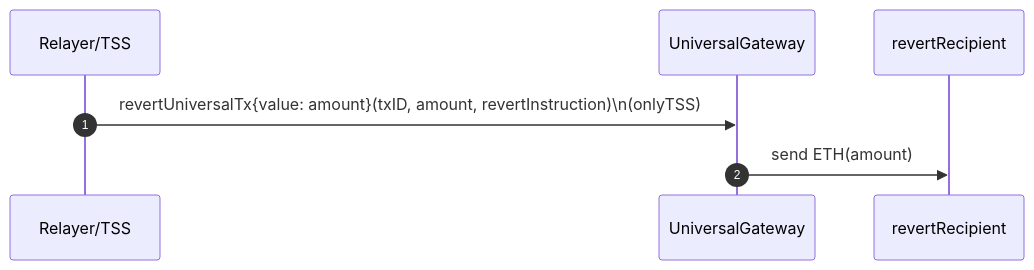
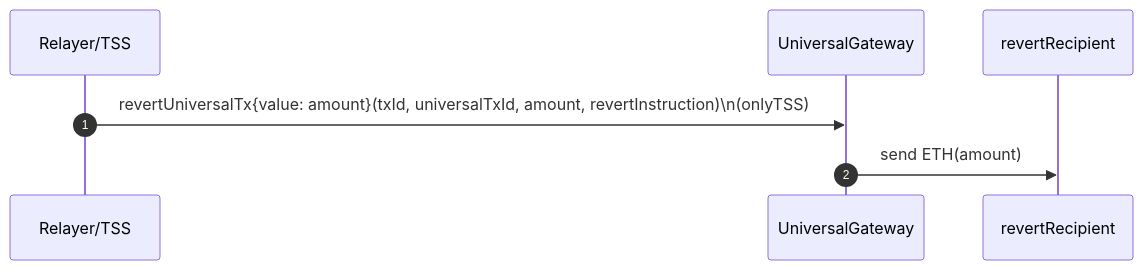
One commit to pushchain/push-chain-gateway-contracts changed the sixth of 6 diagrams in contracts/evm-gateway/docs/4_OutboundTx_Flows.md. Above: the diagram before and after it, drawn with Mermaid. The commit also changed other lines of this file and 26 other files, not shown here.

````diff
--- a/contracts/evm-gateway/docs/4_OutboundTx_Flows.md
+++ b/contracts/evm-gateway/docs/4_OutboundTx_Flows.md
@@ -219,10 +205,10 @@
 ```mermaid
 sequenceDiagram
     autonumber
     participant TSS as Relayer/TSS
     participant G as UniversalGateway
     participant R as revertRecipient
 
-    TSS->>G: revertUniversalTx{value: amount}(txID, amount, revertInstruction)\n(onlyTSS)
+    TSS->>G: revertUniversalTx{value: amount}(txId, universalTxId, amount, revertInstruction)\n(onlyTSS)
     G->>R: send ETH(amount)
 ```
````
